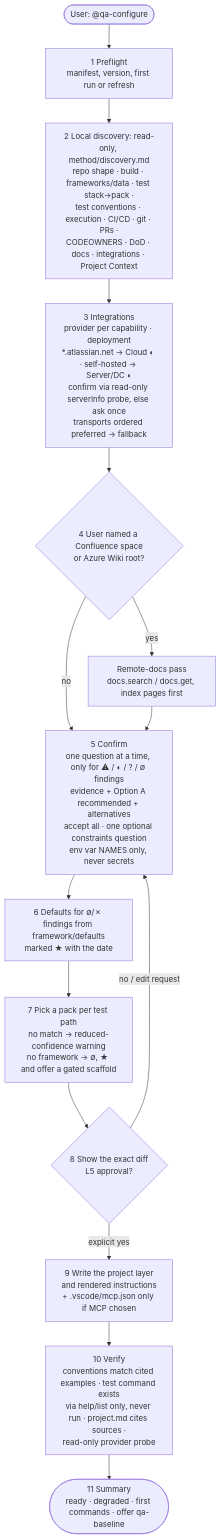
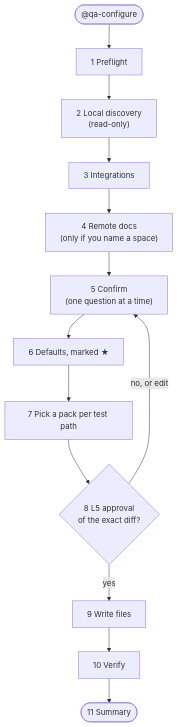
One commit to bmad-kainos/ai-qa changed the first of 3 diagrams in docs/flows/02-configure.md. Above: the diagram before and after it, drawn with Mermaid. The commit also changed other lines of this file and 3 other files, not shown here.

Commit message:
docs: fix install flow chart and split flow diagrams for readability

````diff
--- a/docs/flows/02-configure.md
+++ b/docs/flows/02-configure.md
@@ -5,17 +7,16 @@
 ```mermaid
 flowchart TD
-  S([User: @qa-configure]) --> P1[1 Preflight<br/>manifest, version, first run or refresh]
-  P1 --> P2[2 Local discovery: read-only, method/discovery.md<br/>repo shape · build · frameworks/data · test stack→pack ·<br/>test conventions · execution · CI/CD · git · PRs ·<br/>CODEOWNERS · DoD · docs · integrations · Project Context]
-  P2 --> P3[3 Integrations<br/>provider per capability · deployment<br/>*.atlassian.net → Cloud ◐ · self-hosted → Server/DC ◐<br/>confirm via read-only serverInfo probe, else ask once<br/>transports ordered preferred → fallback]
-  P3 --> P4{4 User named a Confluence space<br/>or Azure Wiki root?}
-  P4 -- yes --> P4a[Remote-docs pass<br/>docs.search / docs.get, index pages first]
-  P4 -- no --> P5
-  P4a --> P5[5 Confirm<br/>one question at a time, only for ⚠ / ◐ / ? / ∅ findings<br/>evidence + Option A recommended + alternatives<br/>accept all · one optional constraints question<br/>env var NAMES only, never secrets]
-  P5 --> P6[6 Defaults for ∅/✗ findings from framework/defaults<br/>marked ★ with the date]
-  P6 --> P7[7 Pick a pack per test path<br/>no match → reduced-confidence warning<br/>no framework → ∅, ★ and offer a gated scaffold]
-  P7 --> P8{8 Show the exact diff<br/>L5 approval?}
-  P8 -- "no / edit request" --> P5
-  P8 -- explicit yes --> P9[9 Write the project layer<br/>and rendered instructions<br/>+ .vscode/mcp.json only if MCP chosen]
-  P9 --> P10[10 Verify<br/>conventions match cited examples · test command exists<br/>via help/list only, never run · project.md cites sources ·<br/>read-only provider probe]
-  P10 --> P11([11 Summary<br/>ready · degraded · first commands · offer qa-baseline])
+  S(["@qa-configure"])
+  S --> P1["1 Preflight"]
+  P1 --> P2["2 Local discovery<br/>(read-only)"]
+  P2 --> P3["3 Integrations"]
+  P3 --> P4["4 Remote docs<br/>(only if you name a space)"]
+  P4 --> P5["5 Confirm<br/>(one question at a time)"]
+  P5 --> P6["6 Defaults, marked ★"]
+  P6 --> P7["7 Pick a pack per test path"]
+  P7 --> P8{"8 L5 approval<br/>of the exact diff?"}
+  P8 -->|"no, or edit"| P5
+  P8 -->|yes| P9["9 Write files"]
+  P9 --> P10["10 Verify"]
+  P10 --> P11(["11 Summary"])
 ```
````
